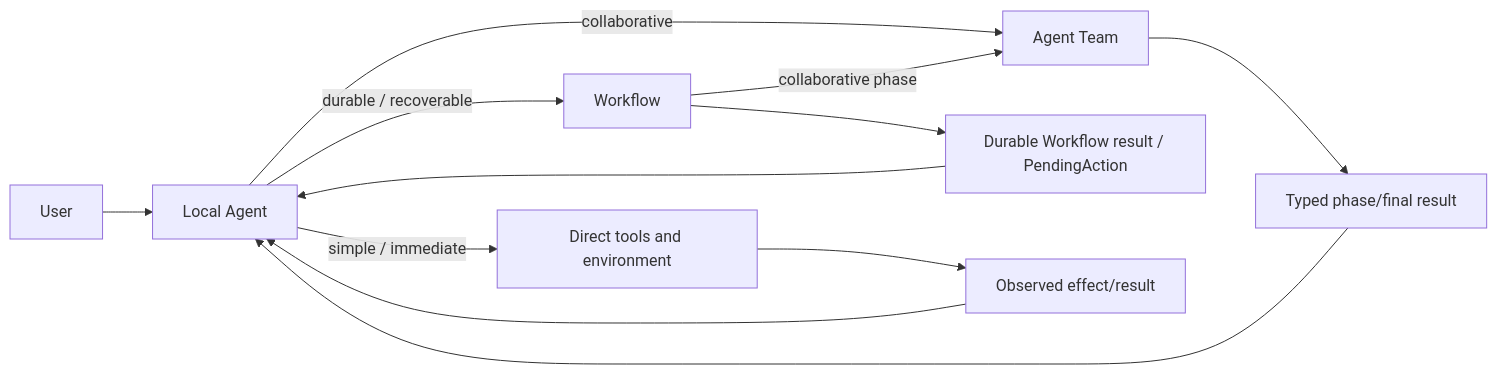
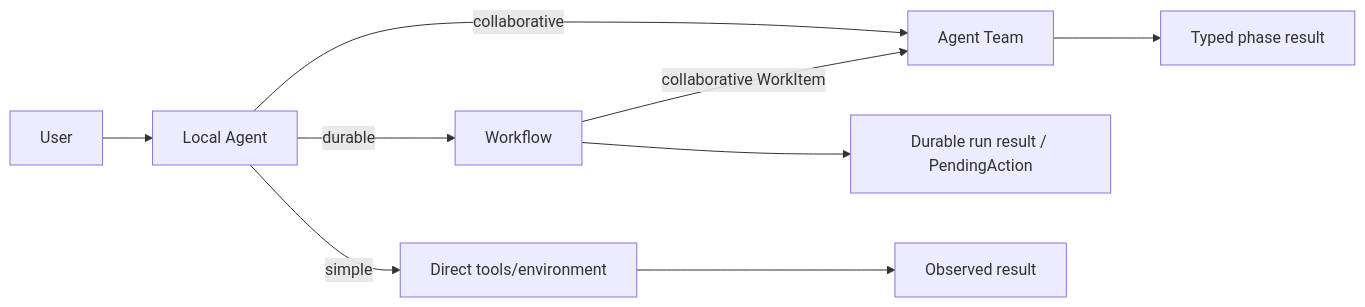
Before and after one commit to tsuuanmi/AgentOS: the first of 8 diagrams in docs/architecture/interaction-model.md, drawn with Mermaid. The commit also changed other lines of this file, not shown here.

```diff
--- a/docs/architecture/interaction-model.md
+++ b/docs/architecture/interaction-model.md
@@ -14,17 +10,13 @@
 ~~~mermaid
 flowchart LR
     U[User] --> L[Local Agent]
 
-    L -->|simple / immediate| D[Direct tools and environment]
+    L -->|simple| D[Direct tools/environment]
     L -->|collaborative| T[Agent Team]
-    L -->|durable / recoverable| W[Workflow]
-    W -->|collaborative phase| T
+    L -->|durable| W[Workflow]
+    W -->|collaborative WorkItem| T
 
-    T --> LR[Typed phase/final result]
-    W --> WR[Durable Workflow result / PendingAction]
-    D --> DR[Observed effect/result]
-
-    LR --> L
-    WR --> L
-    DR --> L
+    T --> TR[Typed phase result]
+    W --> WR[Durable run result / PendingAction]
+    D --> DR[Observed result]
 ~~~
```
